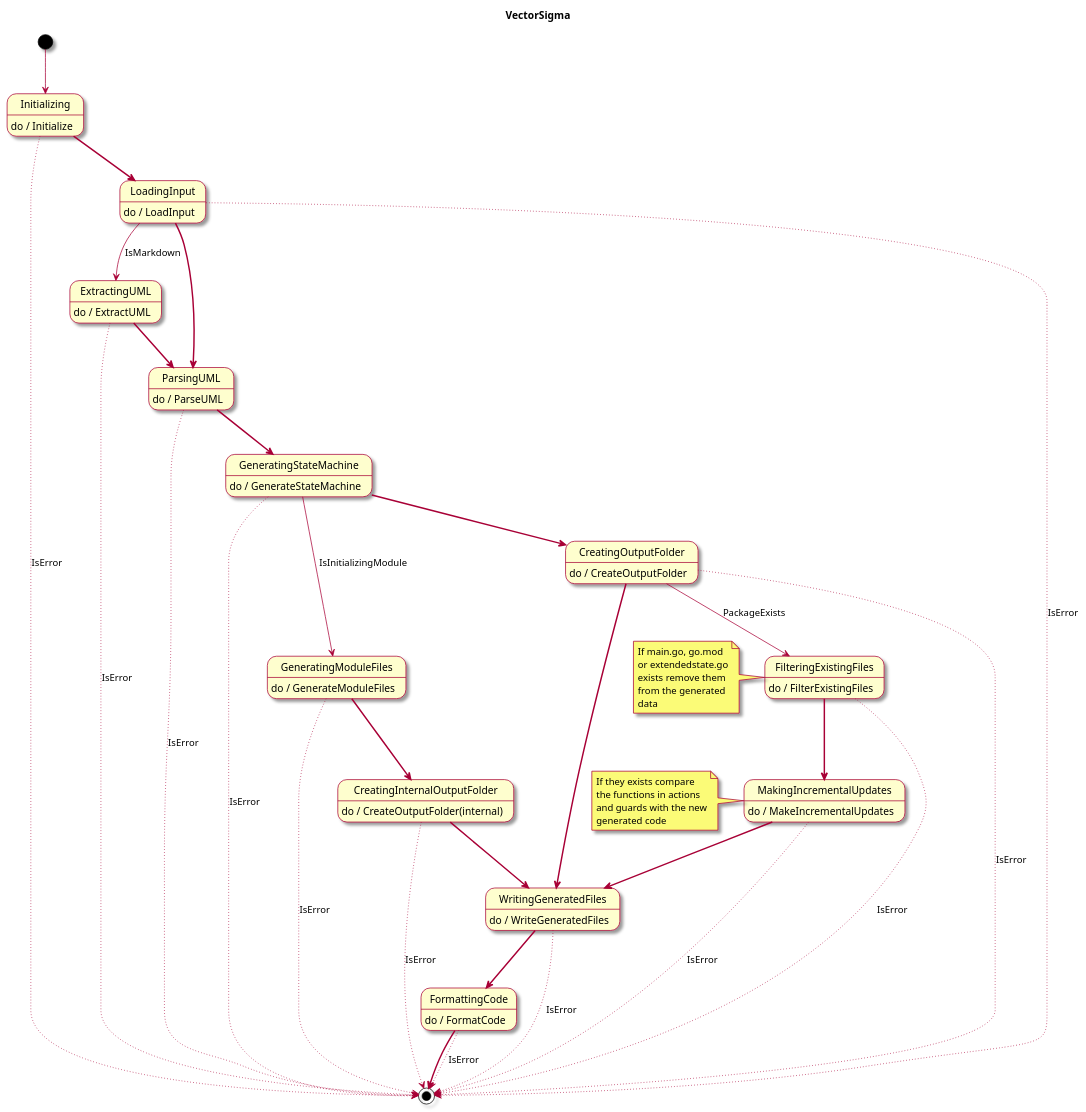
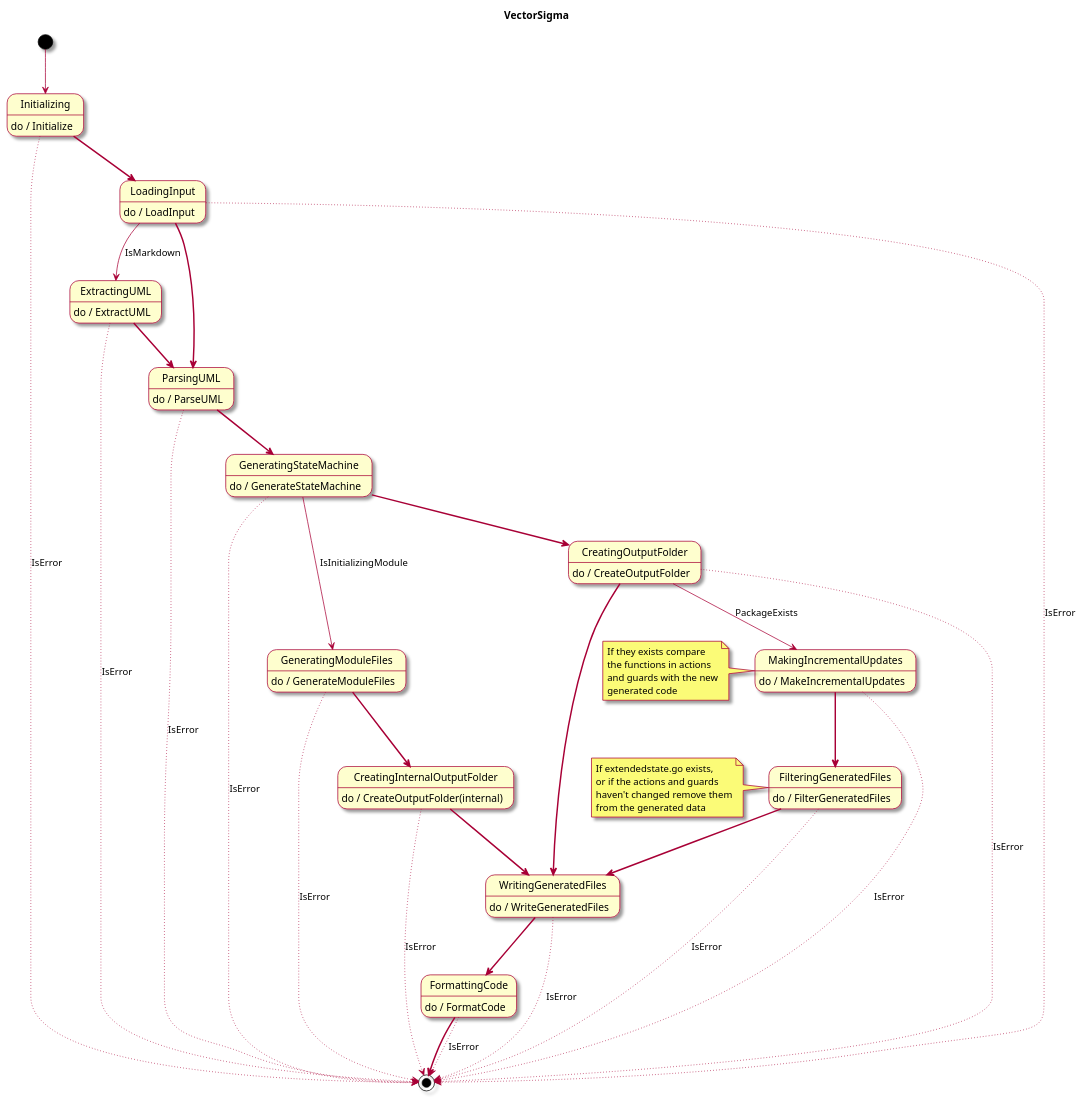
Before and after one commit to mhersson/vectorsigma: the diagram in uml/vectorsigma.md, drawn with PlantUML. The commit also changed 4 other files, not shown here.

First line of the commit message:
Move filtering of files til after incremental update

````diff
--- a/uml/vectorsigma.md
+++ b/uml/vectorsigma.md
@@ -4,77 +4,76 @@
 ```plantuml
 @startuml
 
 skin rose
 
 title VectorSigma
 
 [*] --> Initializing
 
 Initializing: do / Initialize
 Initializing -[dotted]-> [*]: IsError
 Initializing -[bold]-> LoadingInput
 
 LoadingInput: do / LoadInput
 LoadingInput -[dotted]-> [*]: IsError
 LoadingInput --> ExtractingUML: IsMarkdown
 LoadingInput -[bold]-> ParsingUML
 
 ExtractingUML: do / ExtractUML
 ExtractingUML -[dotted]-> [*]: IsError
 ExtractingUML -[bold]-> ParsingUML
 
 ParsingUML: do / ParseUML
 ParsingUML -[dotted]-> [*]: IsError
 ParsingUML -[bold]-> GeneratingStateMachine
 
 GeneratingStateMachine: do / GenerateStateMachine
 GeneratingStateMachine -[dotted]-> [*]: IsError
 GeneratingStateMachine --> GeneratingModuleFiles: IsInitializingModule
 GeneratingStateMachine -[bold]-> CreatingOutputFolder
 
 GeneratingModuleFiles: do / GenerateModuleFiles
 GeneratingModuleFiles -[dotted]-> [*]: IsError
 GeneratingModuleFiles -[bold]-> CreatingInternalOutputFolder
 
 CreatingInternalOutputFolder: do / CreateOutputFolder(internal)
 CreatingInternalOutputFolder -[dotted]-> [*]: IsError
 CreatingInternalOutputFolder -[bold]-> WritingGeneratedFiles
 
 CreatingOutputFolder: do / CreateOutputFolder
 CreatingOutputFolder -[dotted]-> [*]: IsError
-CreatingOutputFolder --> FilteringExistingFiles: PackageExists
+CreatingOutputFolder --> MakingIncrementalUpdates: PackageExists
 CreatingOutputFolder -[bold]-> WritingGeneratedFiles
-
-FilteringExistingFiles: do / FilterExistingFiles
-FilteringExistingFiles -[dotted]-> [*]: IsError
-FilteringExistingFiles -[bold]-> MakingIncrementalUpdates
-note left of FilteringExistingFiles
-  If main.go, go.mod
-  or extendedstate.go
-  exists remove them
-  from the generated
-  data
-end note
 
 MakingIncrementalUpdates: do / MakeIncrementalUpdates
 MakingIncrementalUpdates -[dotted]-> [*]: IsError
-MakingIncrementalUpdates -[bold]-> WritingGeneratedFiles
+MakingIncrementalUpdates -[bold]-> FilteringGeneratedFiles
 note left of MakingIncrementalUpdates
   If they exists compare
   the functions in actions
   and guards with the new
   generated code
+end note
+
+FilteringGeneratedFiles: do / FilterGeneratedFiles
+FilteringGeneratedFiles -[dotted]-> [*]: IsError
+FilteringGeneratedFiles -[bold]-> WritingGeneratedFiles
+note left of FilteringGeneratedFiles
+  If extendedstate.go exists,
+  or if the actions and guards
+  haven't changed remove them
+  from the generated data
 end note
 
 
 WritingGeneratedFiles: do / WriteGeneratedFiles
 WritingGeneratedFiles -[dotted]-> [*]: IsError
 WritingGeneratedFiles -[bold]-> FormattingCode
 
 FormattingCode: do / FormatCode
 FormattingCode -[dotted]-> [*]: IsError
 FormattingCode -[bold]-> [*]
 
 @enduml
 
 ```
````
